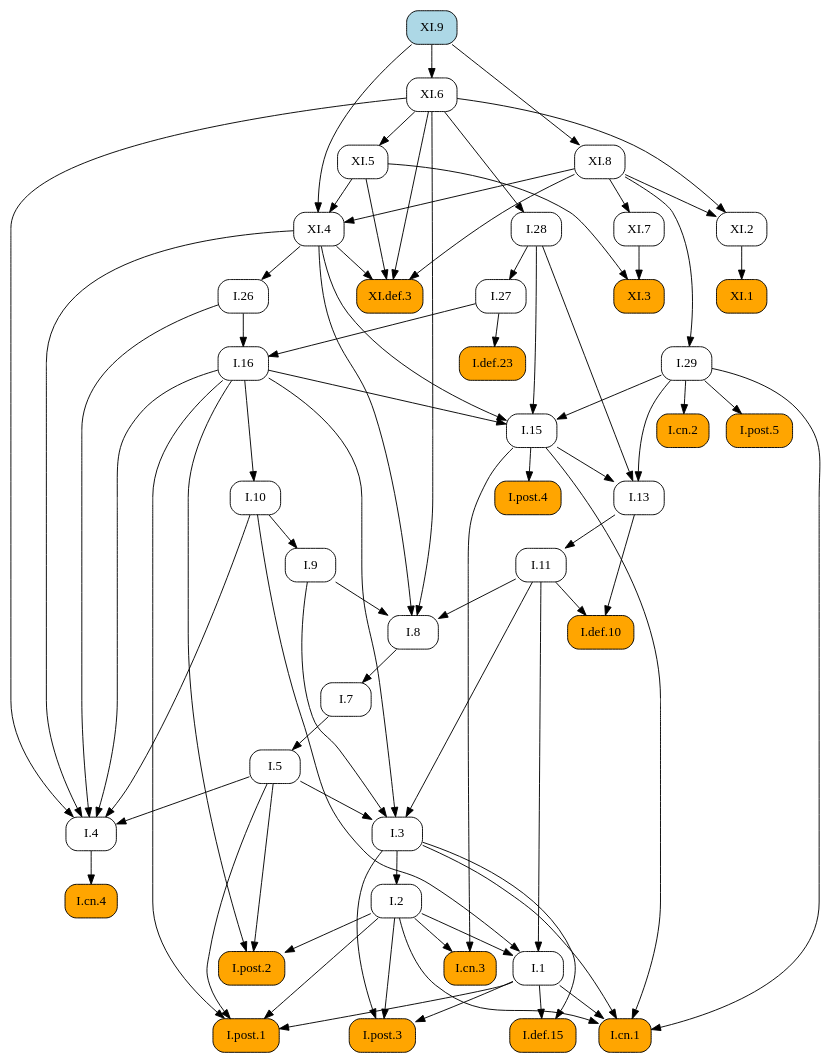
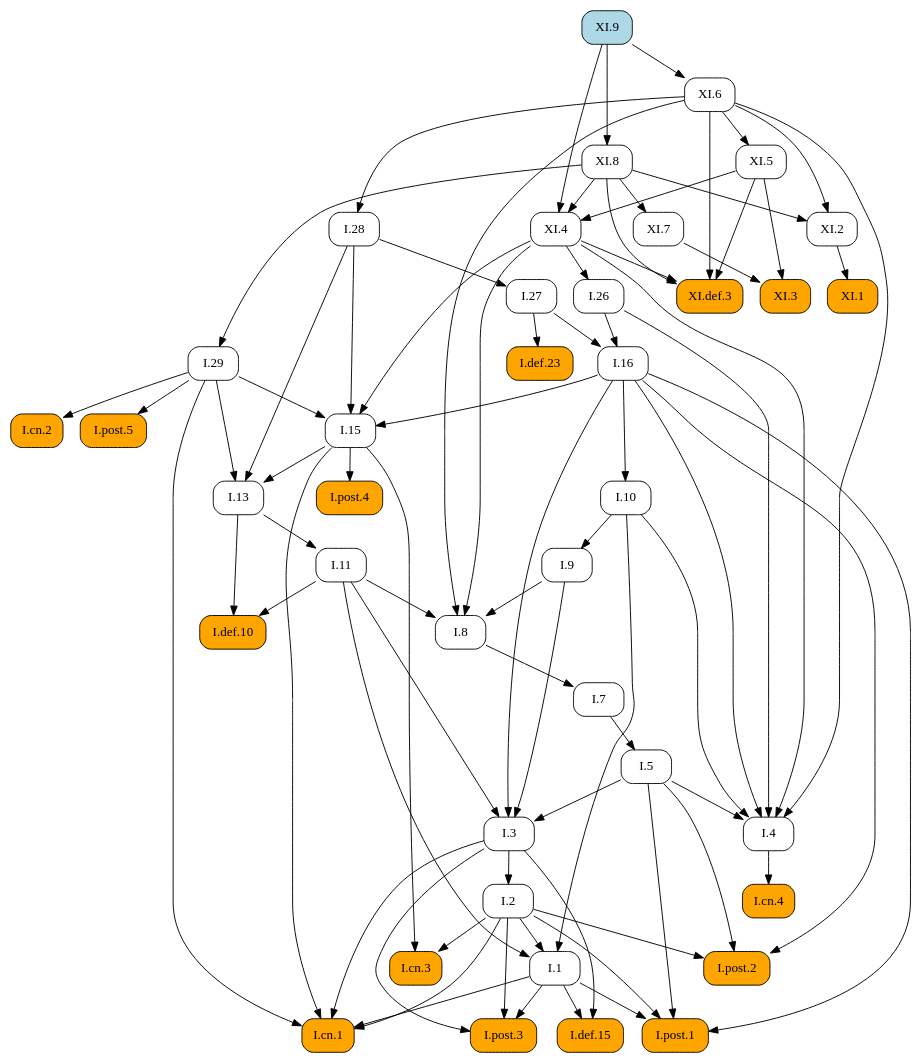
One commit to geometor/elements changed the diagram in docsrc/heath/XI/9/index.rst. Above: the diagram before and after it, drawn with Graphviz. The commit also changed other lines of this file and 484 other files, not shown here.

```diff
--- a/docsrc/heath/XI/9/index.rst
+++ b/docsrc/heath/XI/9/index.rst
@@ -37,121 +37,121 @@
    digraph {
      rankdir="TB";
      node [shape=box, style=rounded];
+     "I.9" [URL="/heath/I/9/", target="_top"];
+     "XI.4" [URL="/heath/XI/4/", target="_top"];
+     "I.def.15" [style="rounded,filled", fillcolor=orange, URL="/heath/I/def.15/", target="_top"];
+     "XI.8" [URL="/heath/XI/8/", target="_top"];
+     "XI.6" [URL="/heath/XI/6/", target="_top"];
+     "I.post.3" [style="rounded,filled", fillcolor=orange, URL="/heath/I/post.3/", target="_top"];
+     "I.post.1" [style="rounded,filled", fillcolor=orange, URL="/heath/I/post.1/", target="_top"];
+     "XI.3" [style="rounded,filled", fillcolor=orange, URL="/heath/XI/3/", target="_top"];
      "I.def.10" [style="rounded,filled", fillcolor=orange, URL="/heath/I/def.10/", target="_top"];
      "XI.def.3" [style="rounded,filled", fillcolor=orange, URL="/heath/XI/def.3/", target="_top"];
+     "I.27" [URL="/heath/I/27/", target="_top"];
+     "XI.2" [URL="/heath/XI/2/", target="_top"];
+     "XI.7" [URL="/heath/XI/7/", target="_top"];
+     "I.3" [URL="/heath/I/3/", target="_top"];
+     "I.cn.1" [style="rounded,filled", fillcolor=orange, URL="/heath/I/cn.1/", target="_top"];
+     "I.7" [URL="/heath/I/7/", target="_top"];
+     "I.2" [URL="/heath/I/2/", target="_top"];
+     "I.13" [URL="/heath/I/13/", target="_top"];
      "I.post.4" [style="rounded,filled", fillcolor=orange, URL="/heath/I/post.4/", target="_top"];
+     "I.4" [URL="/heath/I/4/", target="_top"];
+     "I.1" [URL="/heath/I/1/", target="_top"];
+     "I.5" [URL="/heath/I/5/", target="_top"];
+     "I.8" [URL="/heath/I/8/", target="_top"];
+     "I.cn.3" [style="rounded,filled", fillcolor=orange, URL="/heath/I/cn.3/", target="_top"];
+     "I.29" [URL="/heath/I/29/", target="_top"];
+     "XI.5" [URL="/heath/XI/5/", target="_top"];
+     "I.16" [URL="/heath/I/16/", target="_top"];
+     "I.15" [URL="/heath/I/15/", target="_top"];
+     "I.10" [URL="/heath/I/10/", target="_top"];
+     "I.11" [URL="/heath/I/11/", target="_top"];
+     "I.def.23" [style="rounded,filled", fillcolor=orange, URL="/heath/I/def.23/", target="_top"];
+     "XI.9" [style="rounded,filled", fillcolor=lightblue, URL="/heath/XI/9/", target="_top"];
+     "I.cn.2" [style="rounded,filled", fillcolor=orange, URL="/heath/I/cn.2/", target="_top"];
+     "I.post.5" [style="rounded,filled", fillcolor=orange, URL="/heath/I/post.5/", target="_top"];
      "I.28" [URL="/heath/I/28/", target="_top"];
-     "I.11" [URL="/heath/I/11/", target="_top"];
-     "I.1" [URL="/heath/I/1/", target="_top"];
+     "I.cn.4" [style="rounded,filled", fillcolor=orange, URL="/heath/I/cn.4/", target="_top"];
+     "XI.1" [style="rounded,filled", fillcolor=orange, URL="/heath/XI/1/", target="_top"];
+     "I.post.2" [style="rounded,filled", fillcolor=orange, URL="/heath/I/post.2/", target="_top"];
      "I.26" [URL="/heath/I/26/", target="_top"];
-     "XI.7" [URL="/heath/XI/7/", target="_top"];
-     "I.29" [URL="/heath/I/29/", target="_top"];
-     "I.cn.2" [style="rounded,filled", fillcolor=orange, URL="/heath/I/cn.2/", target="_top"];
-     "XI.9" [style="rounded,filled", fillcolor=lightblue, URL="/heath/XI/9/", target="_top"];
-     "XI.8" [URL="/heath/XI/8/", target="_top"];
-     "I.def.15" [style="rounded,filled", fillcolor=orange, URL="/heath/I/def.15/", target="_top"];
-     "I.post.3" [style="rounded,filled", fillcolor=orange, URL="/heath/I/post.3/", target="_top"];
-     "XI.5" [URL="/heath/XI/5/", target="_top"];
-     "XI.1" [style="rounded,filled", fillcolor=orange, URL="/heath/XI/1/", target="_top"];
-     "I.cn.1" [style="rounded,filled", fillcolor=orange, URL="/heath/I/cn.1/", target="_top"];
-     "I.cn.3" [style="rounded,filled", fillcolor=orange, URL="/heath/I/cn.3/", target="_top"];
-     "XI.2" [URL="/heath/XI/2/", target="_top"];
-     "I.post.1" [style="rounded,filled", fillcolor=orange, URL="/heath/I/post.1/", target="_top"];
-     "XI.6" [URL="/heath/XI/6/", target="_top"];
-     "I.27" [URL="/heath/I/27/", target="_top"];
-     "I.7" [URL="/heath/I/7/", target="_top"];
-     "I.3" [URL="/heath/I/3/", target="_top"];
-     "I.2" [URL="/heath/I/2/", target="_top"];
-     "I.4" [URL="/heath/I/4/", target="_top"];
-     "I.def.23" [style="rounded,filled", fillcolor=orange, URL="/heath/I/def.23/", target="_top"];
-     "I.13" [URL="/heath/I/13/", target="_top"];
-     "I.post.2" [style="rounded,filled", fillcolor=orange, URL="/heath/I/post.2/", target="_top"];
-     "I.16" [URL="/heath/I/16/", target="_top"];
-     "I.9" [URL="/heath/I/9/", target="_top"];
-     "I.8" [URL="/heath/I/8/", target="_top"];
-     "I.cn.4" [style="rounded,filled", fillcolor=orange, URL="/heath/I/cn.4/", target="_top"];
-     "I.15" [URL="/heath/I/15/", target="_top"];
-     "XI.4" [URL="/heath/XI/4/", target="_top"];
-     "I.post.5" [style="rounded,filled", fillcolor=orange, URL="/heath/I/post.5/", target="_top"];
-     "I.10" [URL="/heath/I/10/", target="_top"];
-     "I.5" [URL="/heath/I/5/", target="_top"];
-     "XI.3" [style="rounded,filled", fillcolor=orange, URL="/heath/XI/3/", target="_top"];
+     "I.10" -> "I.9";
+     "XI.5" -> "XI.4";
+     "XI.8" -> "XI.4";
+     "XI.9" -> "XI.4";
+     "I.1" -> "I.def.15";
+     "I.3" -> "I.def.15";
+     "XI.9" -> "XI.8";
+     "XI.9" -> "XI.6";
+     "I.1" -> "I.post.3";
+     "I.2" -> "I.post.3";
+     "I.3" -> "I.post.3";
+     "I.1" -> "I.post.1";
+     "I.2" -> "I.post.1";
+     "I.5" -> "I.post.1";
+     "I.16" -> "I.post.1";
+     "XI.5" -> "XI.3";
+     "XI.7" -> "XI.3";
      "I.11" -> "I.def.10";
      "I.13" -> "I.def.10";
      "XI.4" -> "XI.def.3";
      "XI.5" -> "XI.def.3";
      "XI.6" -> "XI.def.3";
      "XI.8" -> "XI.def.3";
-     "I.15" -> "I.post.4";
-     "XI.6" -> "I.28";
-     "I.13" -> "I.11";
-     "I.2" -> "I.1";
-     "I.10" -> "I.1";
-     "I.11" -> "I.1";
-     "XI.4" -> "I.26";
+     "I.28" -> "I.27";
+     "XI.6" -> "XI.2";
+     "XI.8" -> "XI.2";
      "XI.8" -> "XI.7";
-     "XI.8" -> "I.29";
-     "I.29" -> "I.cn.2";
-     "XI.9" -> "XI.8";
-     "I.1" -> "I.def.15";
-     "I.3" -> "I.def.15";
-     "I.1" -> "I.post.3";
-     "I.2" -> "I.post.3";
-     "I.3" -> "I.post.3";
-     "XI.6" -> "XI.5";
-     "XI.2" -> "XI.1";
+     "I.5" -> "I.3";
+     "I.9" -> "I.3";
+     "I.11" -> "I.3";
+     "I.16" -> "I.3";
      "I.1" -> "I.cn.1";
      "I.2" -> "I.cn.1";
      "I.3" -> "I.cn.1";
      "I.15" -> "I.cn.1";
      "I.29" -> "I.cn.1";
-     "I.2" -> "I.cn.3";
-     "I.15" -> "I.cn.3";
-     "XI.6" -> "XI.2";
-     "XI.8" -> "XI.2";
-     "I.1" -> "I.post.1";
-     "I.2" -> "I.post.1";
-     "I.5" -> "I.post.1";
-     "I.16" -> "I.post.1";
-     "XI.9" -> "XI.6";
-     "I.28" -> "I.27";
      "I.8" -> "I.7";
-     "I.5" -> "I.3";
-     "I.9" -> "I.3";
-     "I.11" -> "I.3";
-     "I.16" -> "I.3";
      "I.3" -> "I.2";
+     "I.15" -> "I.13";
+     "I.28" -> "I.13";
+     "I.29" -> "I.13";
+     "I.15" -> "I.post.4";
      "I.5" -> "I.4";
      "I.10" -> "I.4";
      "I.16" -> "I.4";
      "I.26" -> "I.4";
      "XI.4" -> "I.4";
      "XI.6" -> "I.4";
-     "I.27" -> "I.def.23";
-     "I.15" -> "I.13";
-     "I.28" -> "I.13";
-     "I.29" -> "I.13";
-     "I.2" -> "I.post.2";
-     "I.5" -> "I.post.2";
-     "I.16" -> "I.post.2";
-     "I.26" -> "I.16";
-     "I.27" -> "I.16";
-     "I.10" -> "I.9";
+     "I.2" -> "I.1";
+     "I.10" -> "I.1";
+     "I.11" -> "I.1";
+     "I.7" -> "I.5";
      "I.9" -> "I.8";
      "I.11" -> "I.8";
      "XI.4" -> "I.8";
      "XI.6" -> "I.8";
-     "I.4" -> "I.cn.4";
+     "I.2" -> "I.cn.3";
+     "I.15" -> "I.cn.3";
+     "XI.8" -> "I.29";
+     "XI.6" -> "XI.5";
+     "I.26" -> "I.16";
+     "I.27" -> "I.16";
      "I.16" -> "I.15";
      "I.28" -> "I.15";
      "I.29" -> "I.15";
      "XI.4" -> "I.15";
-     "XI.5" -> "XI.4";
-     "XI.8" -> "XI.4";
-     "XI.9" -> "XI.4";
+     "I.16" -> "I.10";
+     "I.13" -> "I.11";
+     "I.27" -> "I.def.23";
+     "I.29" -> "I.cn.2";
      "I.29" -> "I.post.5";
-     "I.16" -> "I.10";
-     "I.7" -> "I.5";
-     "XI.5" -> "XI.3";
-     "XI.7" -> "XI.3";
+     "XI.6" -> "I.28";
+     "I.4" -> "I.cn.4";
+     "XI.2" -> "XI.1";
+     "I.2" -> "I.post.2";
+     "I.5" -> "I.post.2";
+     "I.16" -> "I.post.2";
+     "XI.4" -> "I.26";
    }
```
